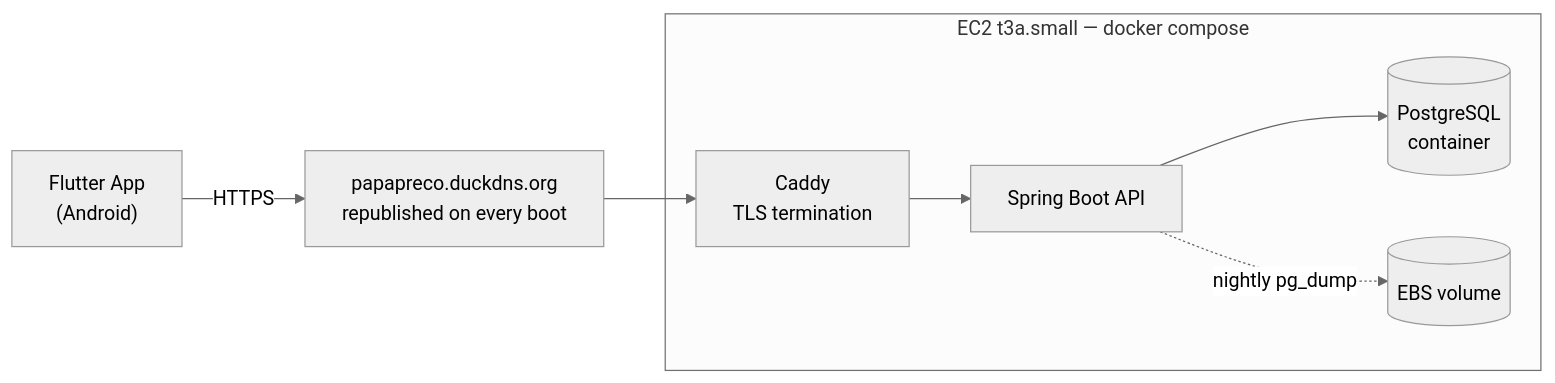
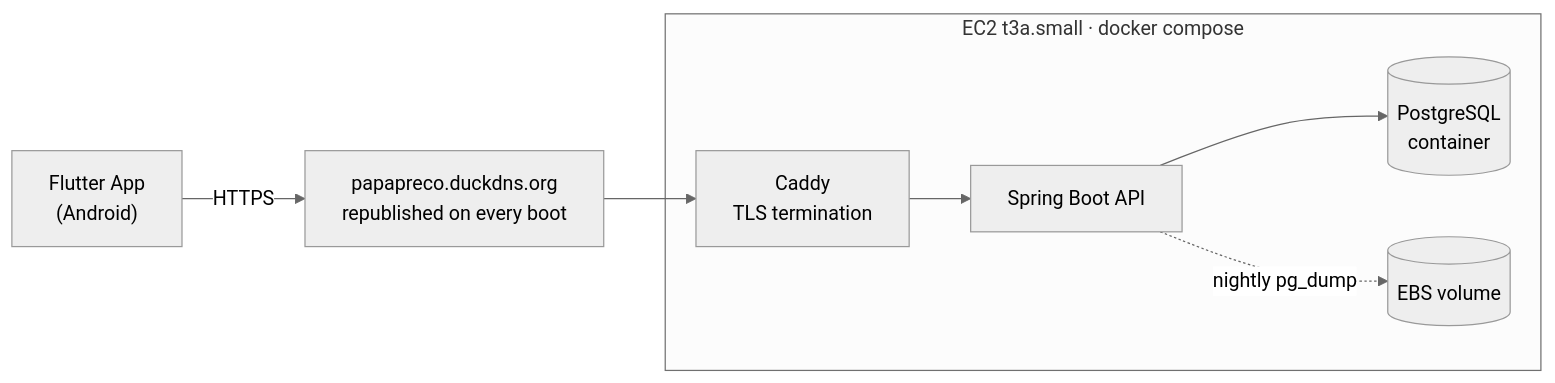
Before and after one commit to Juniorrek/papapreco: the first of 2 diagrams in docs/ROADMAP.md, drawn with Mermaid (neutral theme). The commit also changed other lines of this file, not shown here.

First line of the commit message:
docs(roadmap): close out Google Sign-In and track toolchain pinning

````diff
--- a/docs/ROADMAP.md
+++ b/docs/ROADMAP.md
@@ -173,10 +173,10 @@
 ```mermaid
 flowchart LR
     App["Flutter App<br/>(Android)"] -->|HTTPS| DNS["papapreco.duckdns.org<br/>republished on every boot"]
-    subgraph EC2["EC2 t3a.small — docker compose"]
+    subgraph EC2["EC2 t3a.small · docker compose"]
         Caddy["Caddy<br/>TLS termination"] --> API["Spring Boot API"]
         API --> DB[("PostgreSQL<br/>container")]
         API -.nightly pg_dump.-> Vol[("EBS volume")]
     end
     DNS --> Caddy
 ```
````
